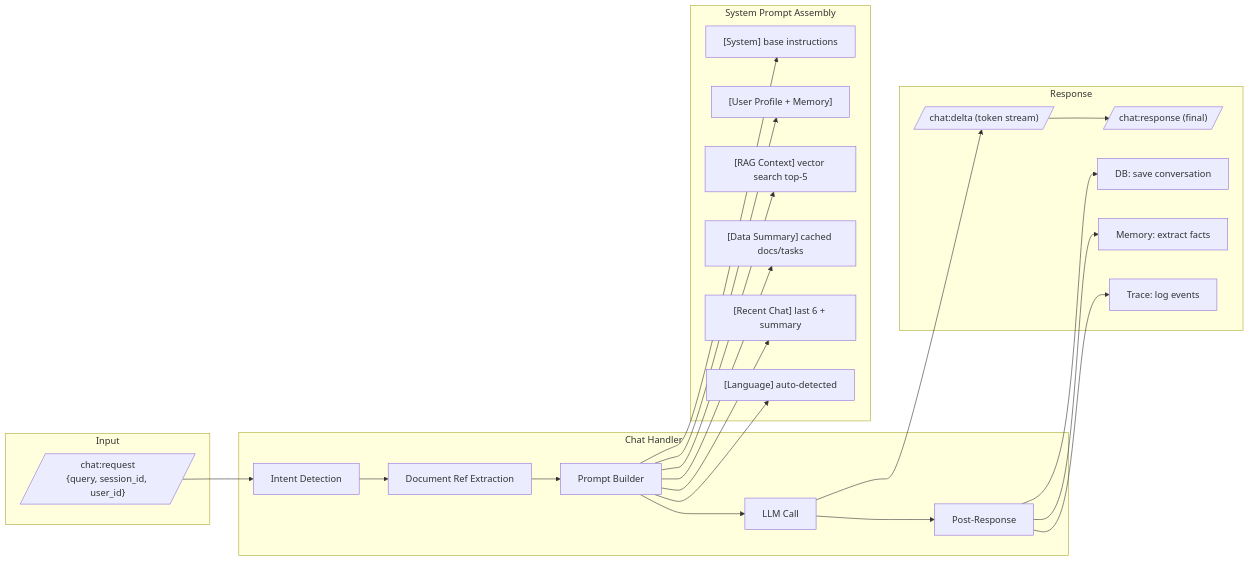
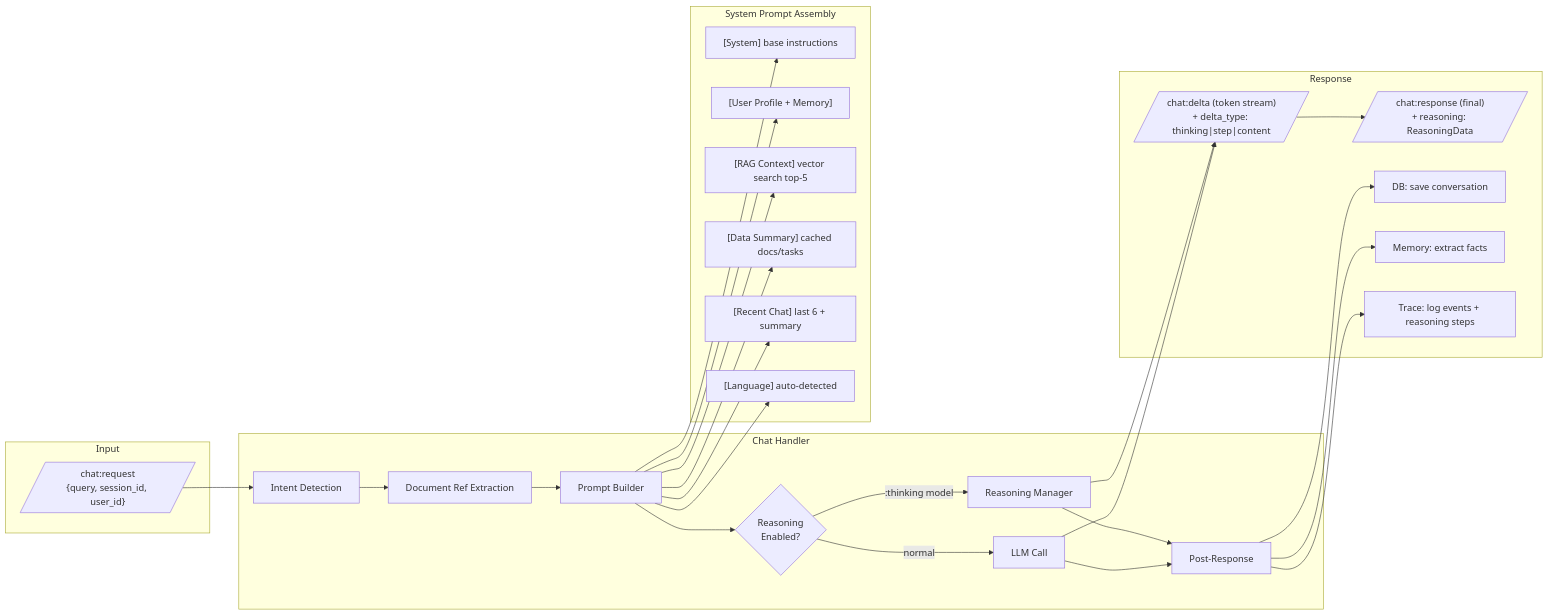
One commit to nlook-service/nlook-router changed the fourth of 7 diagrams in README.md. Above: the diagram before and after it, drawn with Mermaid. The commit also changed other lines of this file and 14 other files, not shown here.

````diff
--- a/README.md
+++ b/README.md
@@ -219,36 +233,41 @@
 ```mermaid
 flowchart LR
     subgraph Input
         REQ[/"chat:request\n{query, session_id, user_id}"/]
     end
 
     subgraph ChatHandler["Chat Handler"]
         INT[Intent Detection]
         DOC[Document Ref Extraction]
         PB[Prompt Builder]
+        RZ{Reasoning\nEnabled?}
+        RSN[Reasoning Manager]
         LLM[LLM Call]
         POST[Post-Response]
     end
 
     subgraph PromptBuilder["System Prompt Assembly"]
         P1["[System] base instructions"]
         P2["[User Profile + Memory]"]
         P3["[RAG Context] vector search top-5"]
         P4["[Data Summary] cached docs/tasks"]
         P5["[Recent Chat] last 6 + summary"]
         P6["[Language] auto-detected"]
     end
 
     subgraph Response
-        DELTA[/"chat:delta (token stream)"/]
-        RESP[/"chat:response (final)"/]
+        DELTA[/"chat:delta (token stream)\n+ delta_type: thinking|step|content"/]
+        RESP[/"chat:response (final)\n+ reasoning: ReasoningData"/]
         SAVE[DB: save conversation]
         MEM[Memory: extract facts]
-        TRACE[Trace: log events]
+        TRACE[Trace: log events + reasoning steps]
     end
 
     REQ --> INT --> DOC --> PB
     PB --> P1 & P2 & P3 & P4 & P5 & P6
-    PB --> LLM --> DELTA --> RESP
-    LLM --> POST --> SAVE & MEM & TRACE
+    PB --> RZ
+    RZ -->|":thinking" model| RSN --> DELTA
+    RZ -->|normal| LLM --> DELTA
+    DELTA --> RESP
+    RSN & LLM --> POST --> SAVE & MEM & TRACE
 ```
````
